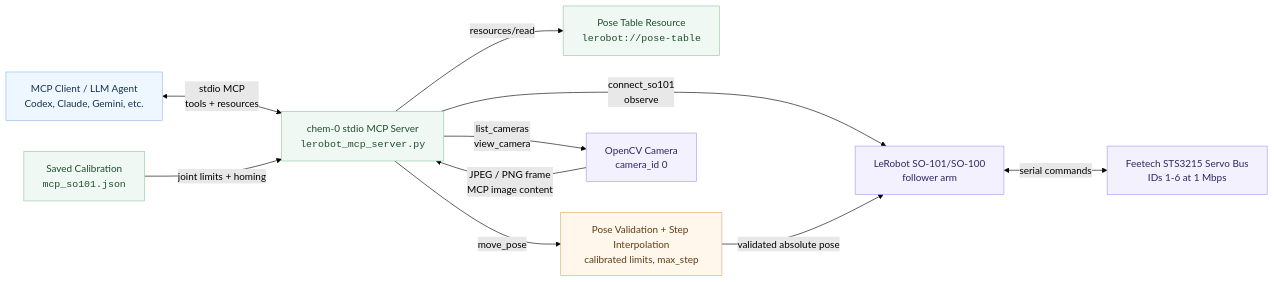
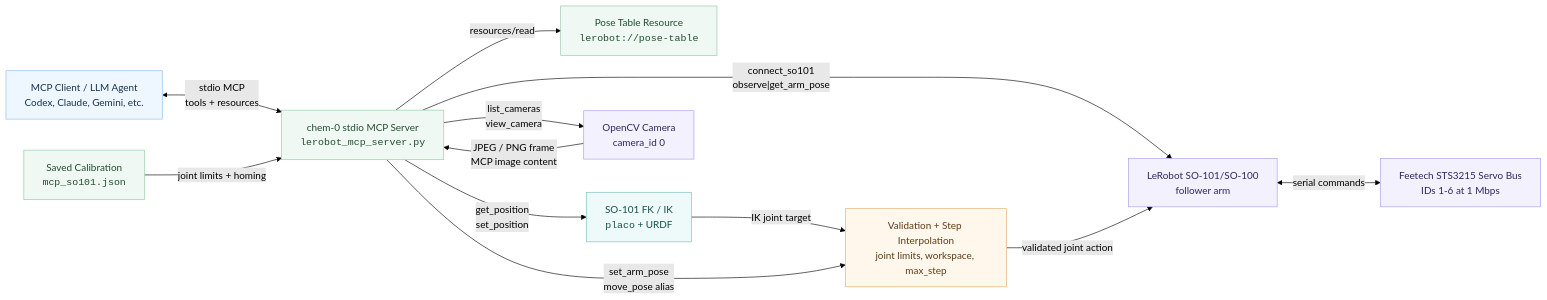
Before and after one commit to JacobFV/chem-0: the diagram in README.md, drawn with Mermaid (forest theme). The commit also changed other lines of this file and 15 other files, not shown here.

````diff
--- a/README.md
+++ b/README.md
@@ -55,30 +57,35 @@
 ```mermaid
 flowchart LR
     agent["MCP Client / LLM Agent<br/>Codex, Claude, Gemini, etc."]
     server["chem-0 stdio MCP Server<br/><code>lerobot_mcp_server.py</code>"]
     pose["Pose Table Resource<br/><code>lerobot://pose-table</code>"]
-    safety["Pose Validation + Step Interpolation<br/>calibrated limits, max_step"]
+    ik["SO-101 FK / IK<br/><code>placo</code> + URDF"]
+    safety["Validation + Step Interpolation<br/>joint limits, workspace, max_step"]
     camera["OpenCV Camera<br/>camera_id 0"]
     robot["LeRobot SO-101/SO-100<br/>follower arm"]
     bus["Feetech STS3215 Servo Bus<br/>IDs 1-6 at 1 Mbps"]
     calib["Saved Calibration<br/><code>mcp_so101.json</code>"]
 
     agent <-->|"stdio MCP<br/>tools + resources"| server
     server -->|"resources/read"| pose
     server -->|"list_cameras<br/>view_camera"| camera
     camera -->|"JPEG / PNG frame<br/>MCP image content"| server
-    server -->|"connect_so101<br/>observe"| robot
-    server -->|"move_pose"| safety
-    safety -->|"validated absolute pose"| robot
+    server -->|"connect_so101<br/>observe|get_arm_pose"| robot
+    server -->|"get_position<br/>set_position"| ik
+    ik -->|"IK joint target"| safety
+    server -->|"set_arm_pose<br/>move_pose alias"| safety
+    safety -->|"validated joint action"| robot
     calib -->|"joint limits + homing"| server
     robot <-->|"serial commands"| bus
 
     classDef agent fill:#eef6ff,stroke:#8fbceb,color:#17324d
     classDef server fill:#f0f8f3,stroke:#92c8a0,color:#1f4d2d
     classDef safety fill:#fff7ec,stroke:#e0ad6e,color:#5d3d16
+    classDef ik fill:#eefaf9,stroke:#79bbb4,color:#164d49
     classDef hardware fill:#f4f1ff,stroke:#a99be8,color:#2f255f
     class agent agent
     class server,pose,calib server
     class safety safety
+    class ik ik
     class camera,robot,bus hardware
 ```
````
